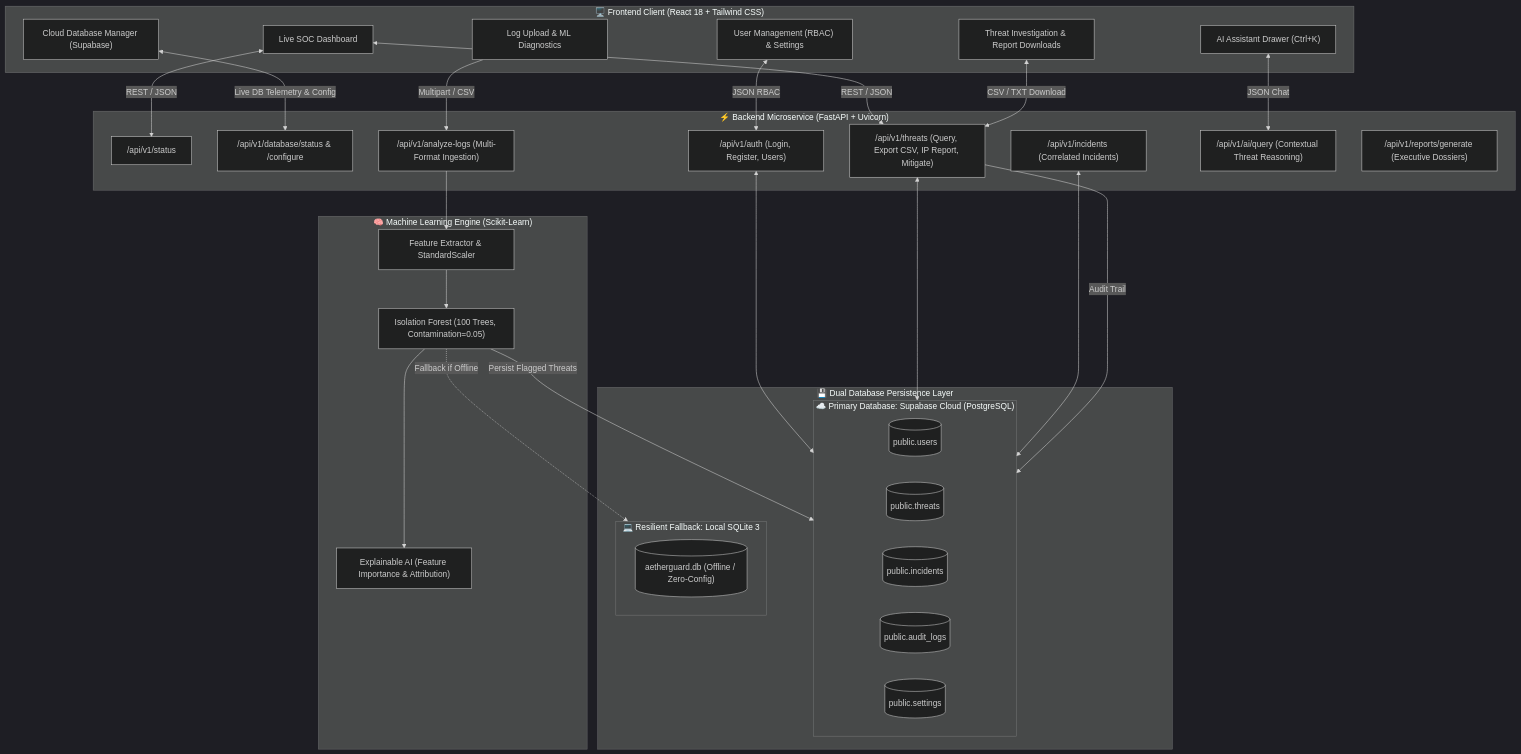
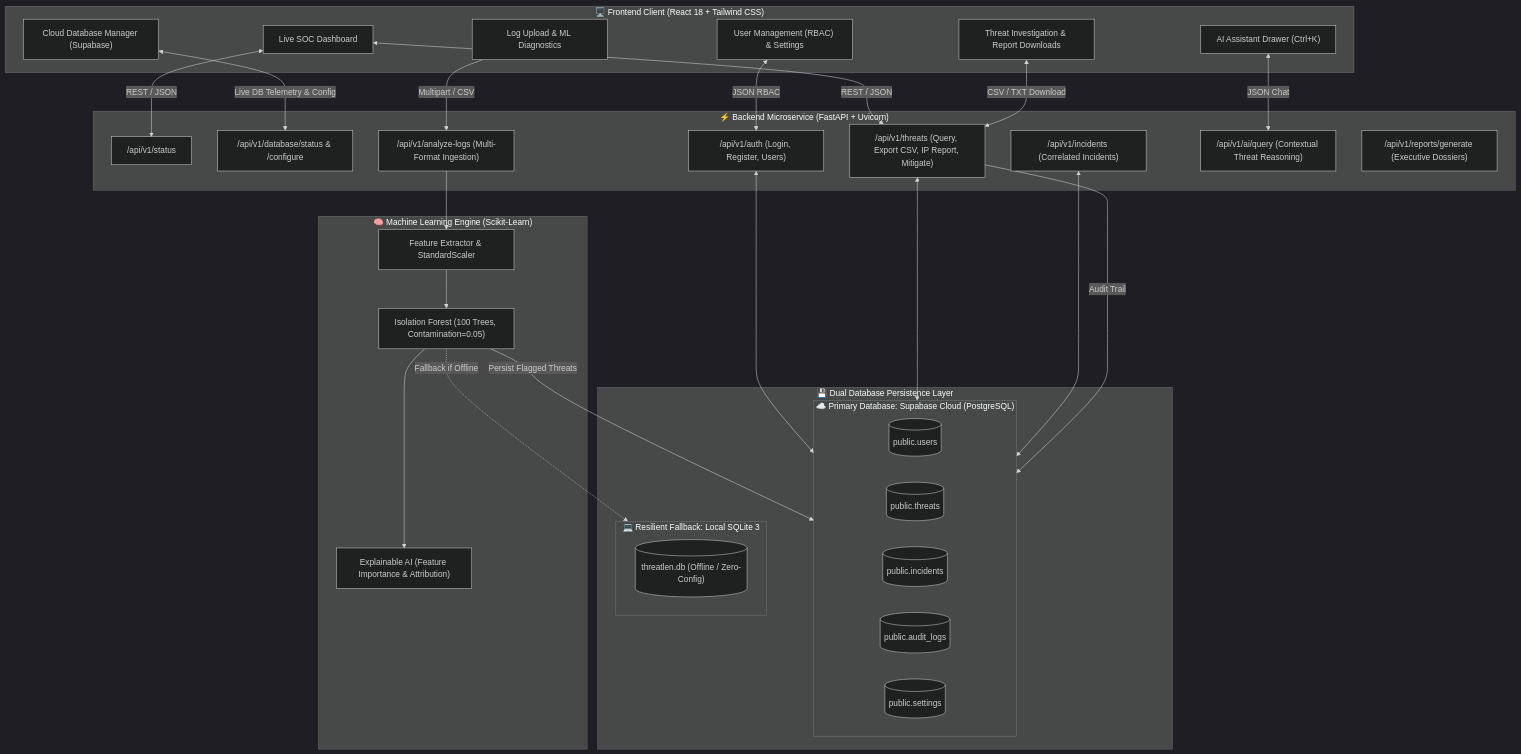
Before and after one commit to udaynarayansingh725/AetherGuard-AI: the diagram in README.md, drawn with Mermaid (dark theme). The commit also changed other lines of this file and 15 other files, not shown here.

````diff
--- a/README.md
+++ b/README.md
@@ -38,58 +38,58 @@
 ```mermaid
 flowchart TD
     subgraph Client Layer ["🖥️ Frontend Client (React 18 + Tailwind CSS)"]
         UI1["Live SOC Dashboard"]
         UI2["Threat Investigation & Report Downloads"]
         UI3["Log Upload & ML Diagnostics"]
         UI4["AI Assistant Drawer (Ctrl+K)"]
         UI5["User Management (RBAC) & Settings"]
         UI6["Cloud Database Manager (Supabase)"]
     end
 
     subgraph APILayer ["⚡ Backend Microservice (FastAPI + Uvicorn)"]
         RT_STATUS["/api/v1/status"]
         RT_DB["/api/v1/database/status & /configure"]
         RT_AUTH["/api/v1/auth (Login, Register, Users)"]
         RT_THREATS["/api/v1/threats (Query, Export CSV, IP Report, Mitigate)"]
         RT_INCIDENTS["/api/v1/incidents (Correlated Incidents)"]
         RT_LOGS["/api/v1/analyze-logs (Multi-Format Ingestion)"]
         RT_AI["/api/v1/ai/query (Contextual Threat Reasoning)"]
         RT_REP["/api/v1/reports/generate (Executive Dossiers)"]
     end
 
     subgraph MLLayer ["🧠 Machine Learning Engine (Scikit-Learn)"]
         PRE["Feature Extractor & StandardScaler"]
         IF["Isolation Forest (100 Trees, Contamination=0.05)"]
         XAI["Explainable AI (Feature Importance & Attribution)"]
     end
 
     subgraph DBLayer ["💾 Dual Database Persistence Layer"]
         subgraph CloudDB ["☁️ Primary Database: Supabase Cloud (PostgreSQL)"]
             SUPA_USERS[("public.users")]
             SUPA_THREATS[("public.threats")]
             SUPA_INCIDENTS[("public.incidents")]
             SUPA_AUDIT[("public.audit_logs")]
             SUPA_SETTINGS[("public.settings")]
         end
         subgraph LocalDB ["💻 Resilient Fallback: Local SQLite 3"]
-            SQLITE_DB[("aetherguard.db (Offline / Zero-Config)")]
+            SQLITE_DB[("threatlen.db (Offline / Zero-Config)")]
         end
     end
 
     UI1 <-->|"REST / JSON"| RT_STATUS
     UI1 <-->|"REST / JSON"| RT_THREATS
     UI2 <-->|"CSV / TXT Download"| RT_THREATS
     UI3 -->|"Multipart / CSV"| RT_LOGS
     UI4 <-->|"JSON Chat"| RT_AI
     UI5 <-->|"JSON RBAC"| RT_AUTH
     UI6 <-->|"Live DB Telemetry & Config"| RT_DB
 
     RT_LOGS --> PRE --> IF --> XAI
     IF -->|"Persist Flagged Threats"| CloudDB
     IF -.->|"Fallback if Offline"| LocalDB
     
     RT_AUTH <--> CloudDB
     RT_THREATS <--> CloudDB
     RT_INCIDENTS <--> CloudDB
     RT_THREATS -->|"Audit Trail"| CloudDB
 ```
````
